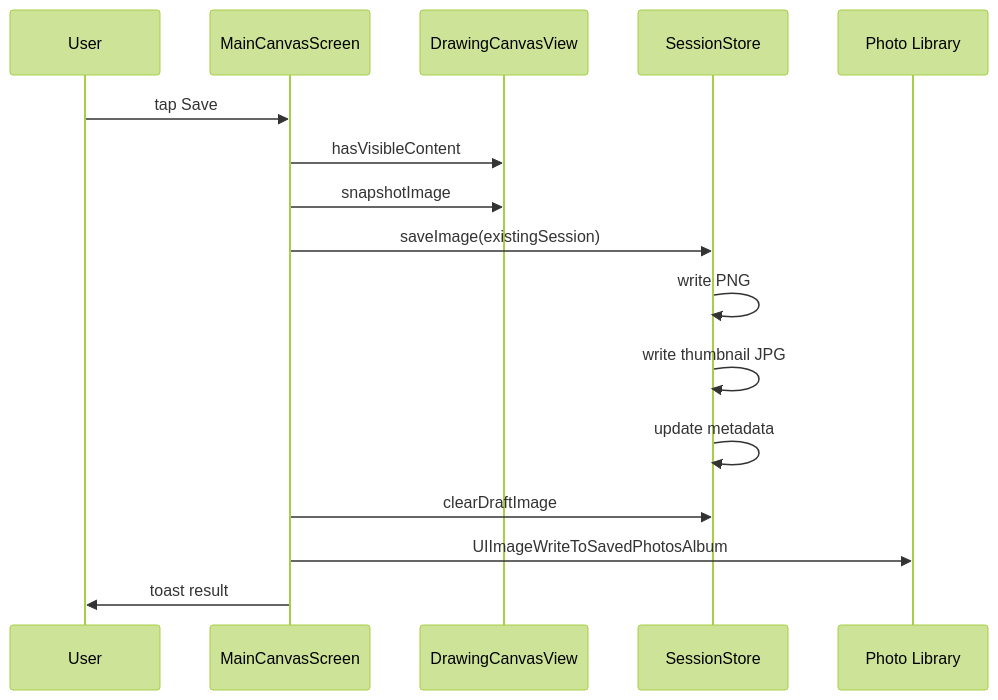
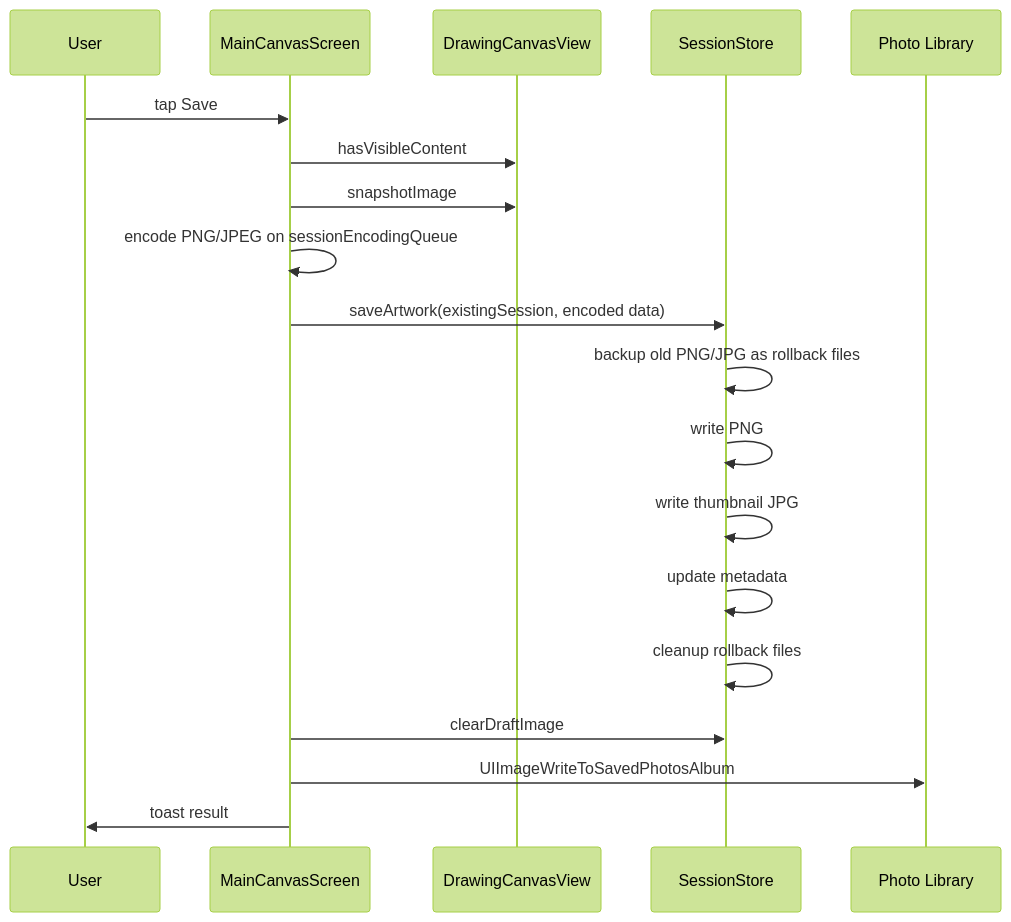
Before and after one commit to HappyEnding-XIA/justdraw: the third of 4 diagrams in docs/architecture/TECHNICAL_ARCHITECTURE.md, drawn with Mermaid (forest theme). The commit also changed other lines of this file and 36 other files, not shown here.

````diff
--- a/docs/architecture/TECHNICAL_ARCHITECTURE.md
+++ b/docs/architecture/TECHNICAL_ARCHITECTURE.md
@@ -399,19 +400,22 @@
 ```mermaid
 sequenceDiagram
     participant User
     participant Main as MainCanvasScreen
     participant Canvas as DrawingCanvasView
     participant Store as SessionStore
     participant Photos as Photo Library
 
     User->>Main: tap Save
     Main->>Canvas: hasVisibleContent
     Main->>Canvas: snapshotImage
-    Main->>Store: saveImage(existingSession)
+    Main->>Main: encode PNG/JPEG on sessionEncodingQueue
+    Main->>Store: saveArtwork(existingSession, encoded data)
+    Store->>Store: backup old PNG/JPG as rollback files
     Store->>Store: write PNG
     Store->>Store: write thumbnail JPG
     Store->>Store: update metadata
+    Store->>Store: cleanup rollback files
     Main->>Store: clearDraftImage
     Main->>Photos: UIImageWriteToSavedPhotosAlbum
     Main->>User: toast result
 ```
````
